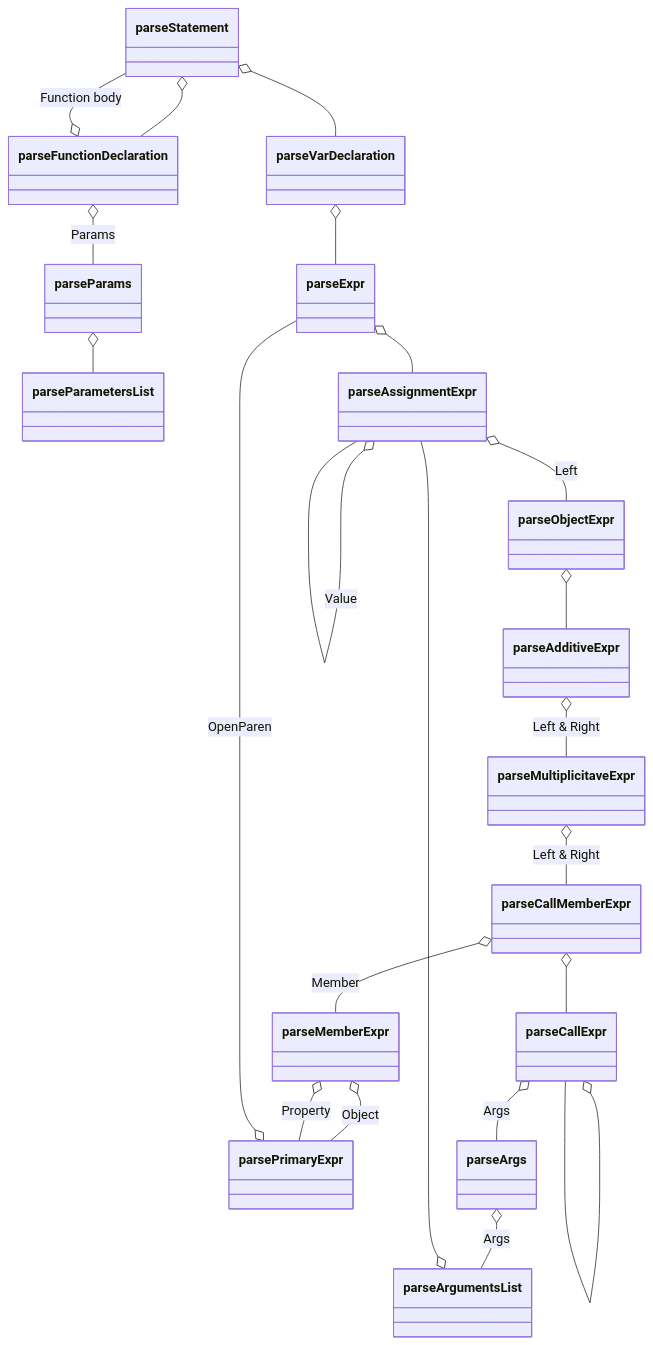
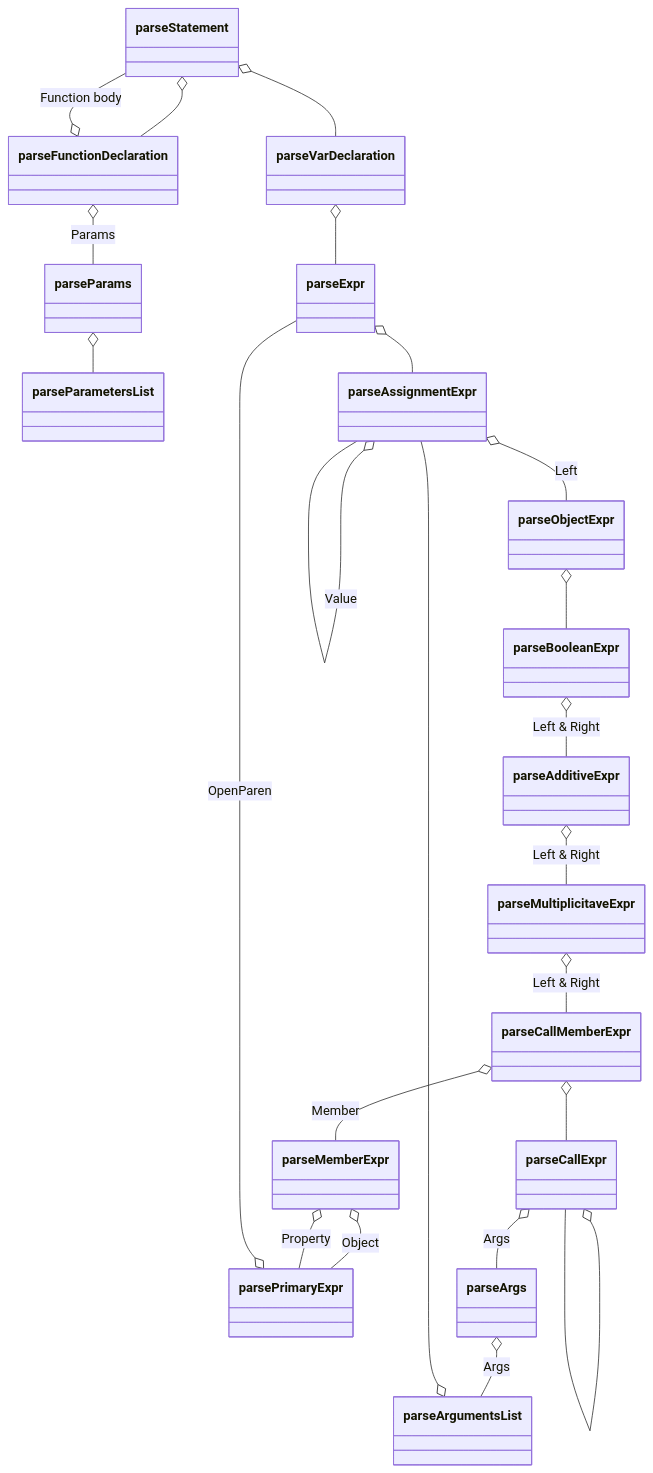
The diagram in doc/Parser.md (MasterZydra/ScriLa), drawn with Mermaid before and after one commit. The commit also changed 11 other files, not shown here.

````diff
--- a/doc/Parser.md
+++ b/doc/Parser.md
@@ -5,28 +5,29 @@
 ```mermaid
 classDiagram
   parseStatement o-- parseFunctionDeclaration
   parseFunctionDeclaration o-- parseParams : Params
   parseFunctionDeclaration o-- parseStatement : Function body
   parseParams o-- parseParametersList
 
   parseStatement o-- parseVarDeclaration
   parseVarDeclaration o-- parseExpr
   parseExpr o-- parseAssignmentExpr
   parseAssignmentExpr o-- parseAssignmentExpr : Value
   parseAssignmentExpr o-- parseObjectExpr : Left
-  parseObjectExpr o-- parseAdditiveExpr
+  parseObjectExpr o-- parseBooleanExpr
+  parseBooleanExpr o-- parseAdditiveExpr : Left & Right
   parseAdditiveExpr o-- parseMultiplicitaveExpr : Left & Right
   parseMultiplicitaveExpr o-- parseCallMemberExpr : Left & Right
 
   parseCallMemberExpr o-- parseMemberExpr : Member
   parseMemberExpr o-- parsePrimaryExpr : Object
   parseMemberExpr o-- parsePrimaryExpr : Property
   parsePrimaryExpr o-- parseExpr : OpenParen
 
   parseCallMemberExpr o-- parseCallExpr
   parseCallExpr o-- parseArgs : Args
   parseCallExpr o-- parseCallExpr
   parseArgs o-- parseArgumentsList : Args
   parseArgumentsList o-- parseAssignmentExpr
   
 ```
````
